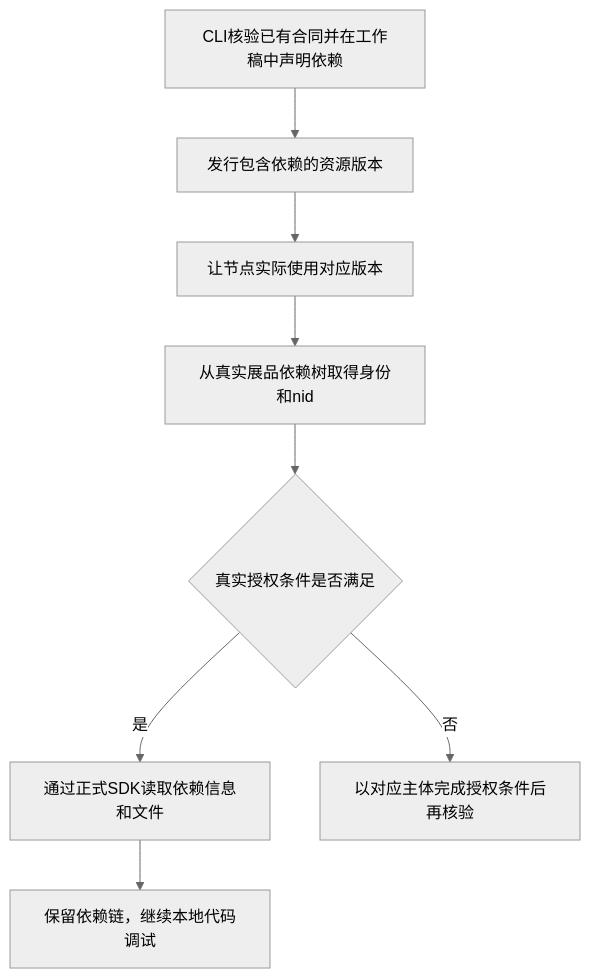
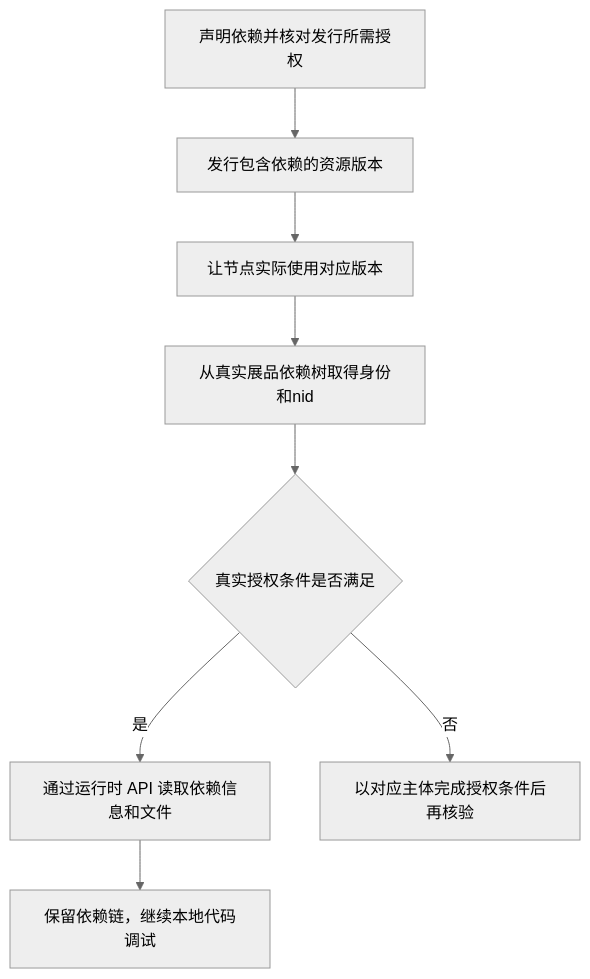
Before and after one commit to freelogfe/freelog-runtime: the diagram in docs-new/site/runtime/development.md, drawn with Mermaid (neutral theme). The commit also changed other lines of this file and 69 other files, not shown here.

````diff
--- a/docs-new/site/runtime/development.md
+++ b/docs-new/site/runtime/development.md
@@ -58,10 +86,10 @@
 ```mermaid
 flowchart TD
-  A[CLI核验已有合同并在工作稿中声明依赖] --> B[发行包含依赖的资源版本]
+  A[声明依赖并核对发行所需授权] --> B[发行包含依赖的资源版本]
   B --> C[让节点实际使用对应版本]
   C --> D[从真实展品依赖树取得身份和nid]
   D --> E{真实授权条件是否满足}
-  E -->|是| F[通过正式SDK读取依赖信息和文件]
+  E -->|是| F[通过运行时 API 读取依赖信息和文件]
   E -->|否| G[以对应主体完成授权条件后再核验]
   F --> H[保留依赖链，继续本地代码调试]
 ```
````
